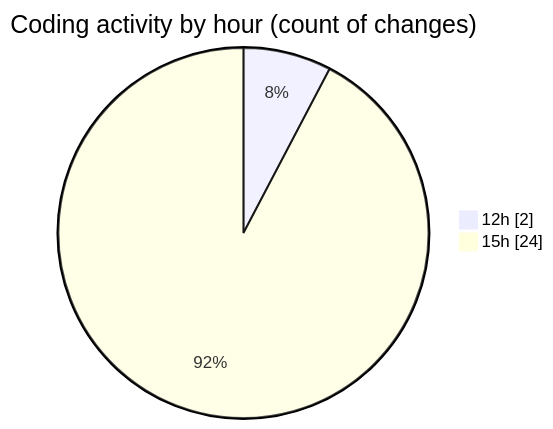
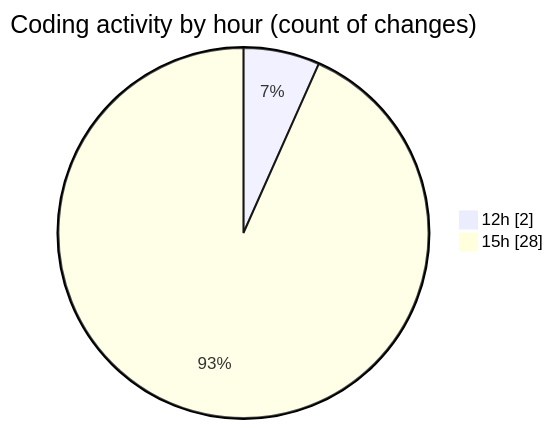
The second of 2 diagrams in 2025-02-26/cda/README.md (momahboobian/code-tracking), drawn with Mermaid before and after one commit. The commit also changed other lines of this file and 1 other file, not shown here.

````diff
--- a/2025-02-26/cda/README.md
+++ b/2025-02-26/cda/README.md
@@ -40,6 +40,6 @@
 ```mermaid
 pie showData
 title Coding activity by hour (count of changes)
 "12h" : 2
-"15h" : 24
+"15h" : 28
 ```
````
